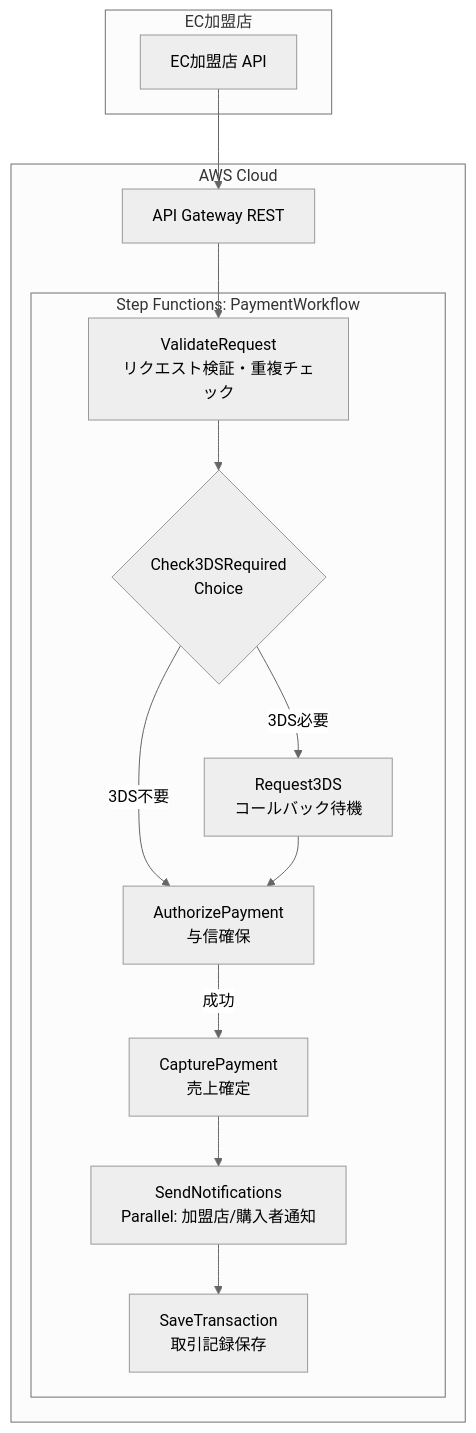
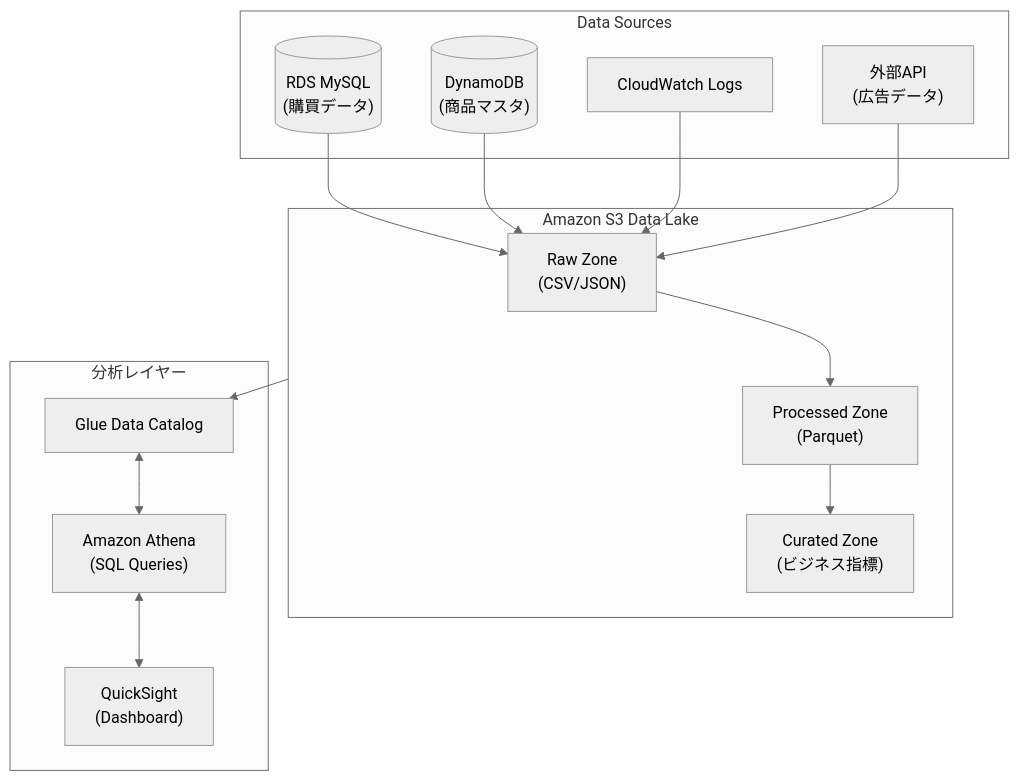
One commit to yuta-ishii-cm/aws-practice changed the diagram in exercises/exercise-13.md. Above: the diagram before and after it, drawn with Mermaid (neutral theme). The commit also changed other lines of this file and 38 other files, not shown here.

````diff
--- a/exercises/exercise-13.md
+++ b/exercises/exercise-13.md
@@ -331,30 +36,31 @@
 ```mermaid
 flowchart TB
-    subgraph Client["EC加盟店"]
-        MerchantAPI["EC加盟店 API"]
+    subgraph DataSources["Data Sources"]
+        RDS[("RDS MySQL<br/>(購買データ)")]
+        DynamoDB[("DynamoDB<br/>(商品マスタ)")]
+        CloudWatchLogs["CloudWatch Logs"]
+        ExternalAPI["外部API<br/>(広告データ)"]
     end
 
-    subgraph AWS["AWS Cloud"]
-        APIGW["API Gateway REST"]
-
-        subgraph StepFunctions["Step Functions: PaymentWorkflow"]
-            Validate["ValidateRequest<br/>リクエスト検証・重複チェック"]
-            Check3DS{"Check3DSRequired<br/>Choice"}
-            Request3DS["Request3DS<br/>コールバック待機"]
-            Authorize["AuthorizePayment<br/>与信確保"]
-            Capture["CapturePayment<br/>売上確定"]
-            Notify["SendNotifications<br/>Parallel: 加盟店/購入者通知"]
-            Save["SaveTransaction<br/>取引記録保存"]
-        end
+    subgraph S3DataLake["Amazon S3 Data Lake"]
+        Raw["Raw Zone<br/>(CSV/JSON)"]
+        Processed["Processed Zone<br/>(Parquet)"]
+        Curated["Curated Zone<br/>(ビジネス指標)"]
+        Raw --> Processed --> Curated
     end
 
-    MerchantAPI --> APIGW
-    APIGW --> Validate
-    Validate --> Check3DS
-    Check3DS -->|3DS必要| Request3DS
-    Check3DS -->|3DS不要| Authorize
-    Request3DS --> Authorize
-    Authorize -->|成功| Capture
-    Capture --> Notify
-    Notify --> Save
+    subgraph Analytics["分析レイヤー"]
+        GlueCatalog["Glue Data Catalog"]
+        Athena["Amazon Athena<br/>(SQL Queries)"]
+        QuickSight["QuickSight<br/>(Dashboard)"]
+    end
+
+    RDS --> Raw
+    DynamoDB --> Raw
+    CloudWatchLogs --> Raw
+    ExternalAPI --> Raw
+
+    S3DataLake --> GlueCatalog
+    GlueCatalog <--> Athena
+    Athena <--> QuickSight
 ```
````
